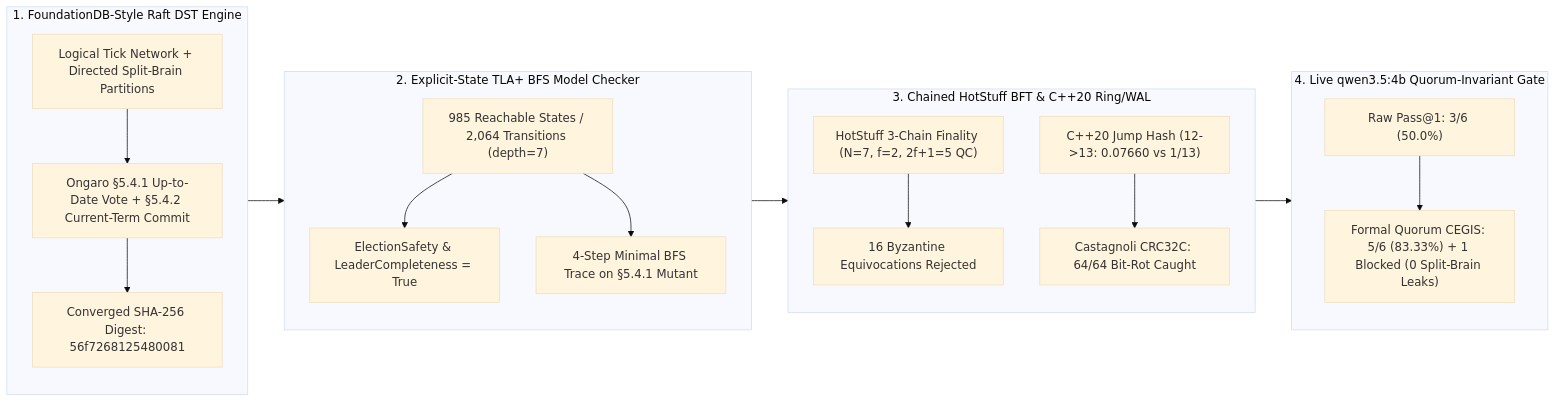
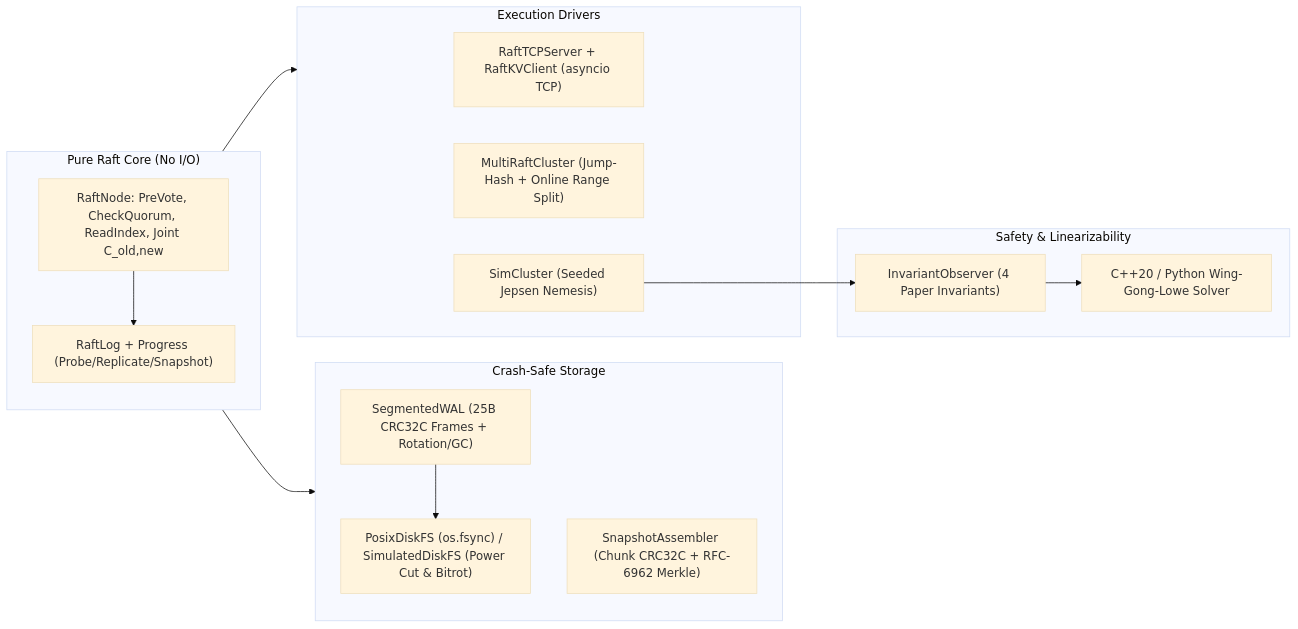
The diagram in README.md (nagarjunak-pixel/helios-consensus), drawn with Mermaid (base theme) before and after one commit. The commit also changed other lines of this file and 14 other files, not shown here.

Commit message:
docs,ui,pkg: v1.1.0 PyPI packaging, Jepsen/mutant Workbench UI, ADRs 0004-0005 & Scope/Limitations

````diff
--- a/README.md
+++ b/README.md
@@ -22,23 +41,26 @@
 ```mermaid
 flowchart LR
-    subgraph DST["1. FoundationDB-Style Raft DST Engine"]
-        R1["Logical Tick Network + Directed Split-Brain Partitions"] --> R2["Ongaro §5.4.1 Up-to-Date Vote + §5.4.2 Current-Term Commit"]
-        R2 --> R3["Converged SHA-256 Digest: 56f7268125480081"]
+    subgraph Core["Pure Raft Core (No I/O)"]
+        N["RaftNode: PreVote, CheckQuorum, ReadIndex, Joint C_old,new"] --> L["RaftLog + Progress (Probe/Replicate/Snapshot)"]
     end
 
-    subgraph TLA["2. Explicit-State TLA+ BFS Model Checker"]
-        M1["985 Reachable States / 2,064 Transitions (depth=7)"] --> M2["ElectionSafety & LeaderCompleteness = True"]
-        M1 --> M3["4-Step Minimal BFS Trace on §5.4.1 Mutant"]
+    subgraph Storage["Crash-Safe Storage"]
+        W["SegmentedWAL (25B CRC32C Frames + Rotation/GC)"] --> FS["PosixDiskFS (os.fsync) / SimulatedDiskFS (Power Cut & Bitrot)"]
+        SS["SnapshotAssembler (Chunk CRC32C + RFC-6962 Merkle)"]
     end
 
-    subgraph BFT["3. Chained HotStuff BFT & C++20 Ring/WAL"]
-        H1["HotStuff 3-Chain Finality (N=7, f=2, 2f+1=5 QC)"] --> H2["16 Byzantine Equivocations Rejected"]
-        K1["C++20 Jump Hash (12->13: 0.07660 vs 1/13)"] --> K2["Castagnoli CRC32C: 64/64 Bit-Rot Caught"]
+    subgraph Drivers["Execution Drivers"]
+        TCP["RaftTCPServer + RaftKVClient (asyncio TCP)"]
+        MR["MultiRaftCluster (Jump-Hash + Online Range Split)"]
+        SIM["SimCluster (Seeded Jepsen Nemesis)"]
     end
 
-    subgraph CEGIS["4. Live qwen3.5:4b Quorum-Invariant Gate"]
-        Q1["Raw Pass@1: 3/6 (50.0%)"] --> Q2["Formal Quorum CEGIS: 5/6 (83.33%) + 1 Blocked (0 Split-Brain Leaks)"]
+    subgraph Check["Safety & Linearizability"]
+        INV["InvariantObserver (4 Paper Invariants)"]
+        WGL["C++20 / Python Wing-Gong-Lowe Solver"]
     end
 
-    DST --> TLA --> BFT --> CEGIS
+    Core --> Storage
+    Core --> Drivers
+    SIM --> INV --> WGL
 ```
````
